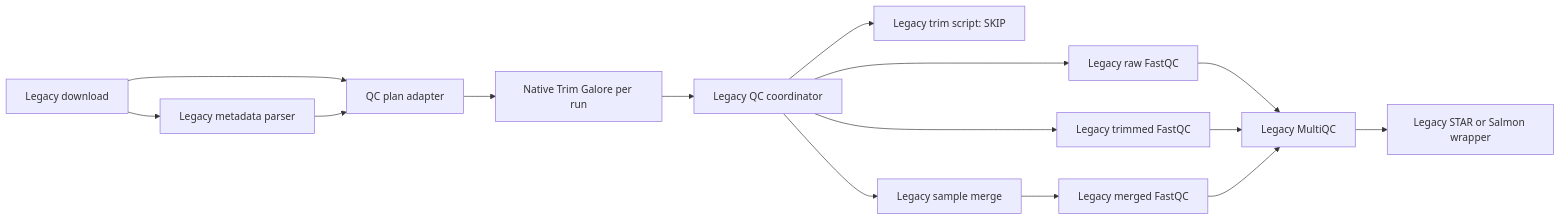
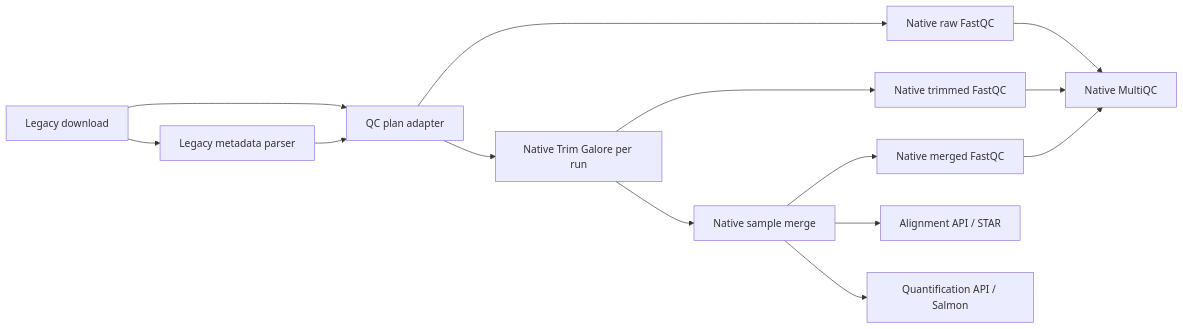
Before and after one commit to GMiguelAlves/HelixForge: the diagram in docs/native-trim-galore.md, drawn with Mermaid. The commit also changed other lines of this file and 9 other files, not shown here.

Commit message:
Document native quantification

````diff
--- a/docs/native-trim-galore.md
+++ b/docs/native-trim-galore.md
@@ -16,17 +17,16 @@
 ```mermaid
 flowchart LR
     D["Legacy download"] --> P["Legacy metadata parser"]
     D --> QP["QC plan adapter"]
     P --> QP
+    QP --> FR["Native raw FastQC"]
     QP --> TG["Native Trim Galore per run"]
-    TG --> QC["Legacy QC coordinator"]
-    QC --> FR["Legacy raw FastQC"]
-    QC --> SKIP["Legacy trim script: SKIP"]
-    QC --> FT["Legacy trimmed FastQC"]
-    QC --> M["Legacy sample merge"]
-    M --> FM["Legacy merged FastQC"]
-    FR --> MQ["Legacy MultiQC"]
+    TG --> FT["Native trimmed FastQC"]
+    TG --> M["Native sample merge"]
+    M --> FM["Native merged FastQC"]
+    FR --> MQ["Native MultiQC"]
     FT --> MQ
     FM --> MQ
-    MQ --> A["Legacy STAR or Salmon wrapper"]
+    M --> A["Alignment API / STAR"]
+    M --> Q["Quantification API / Salmon"]
 ```
````
